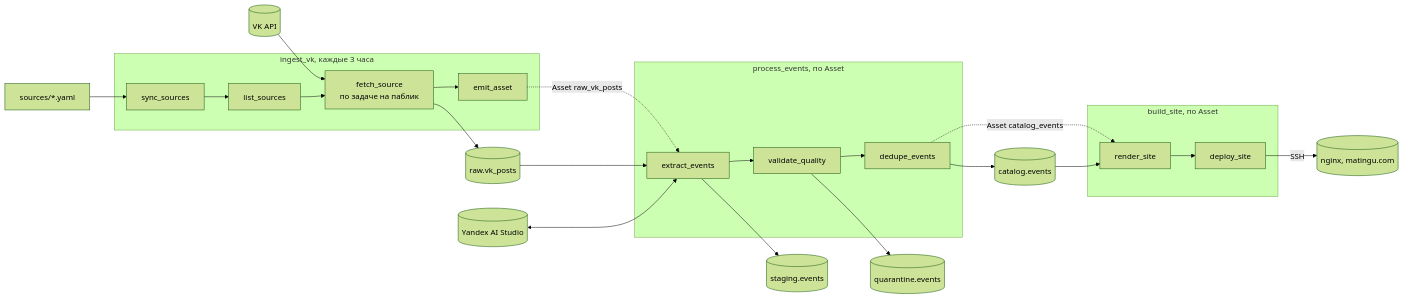
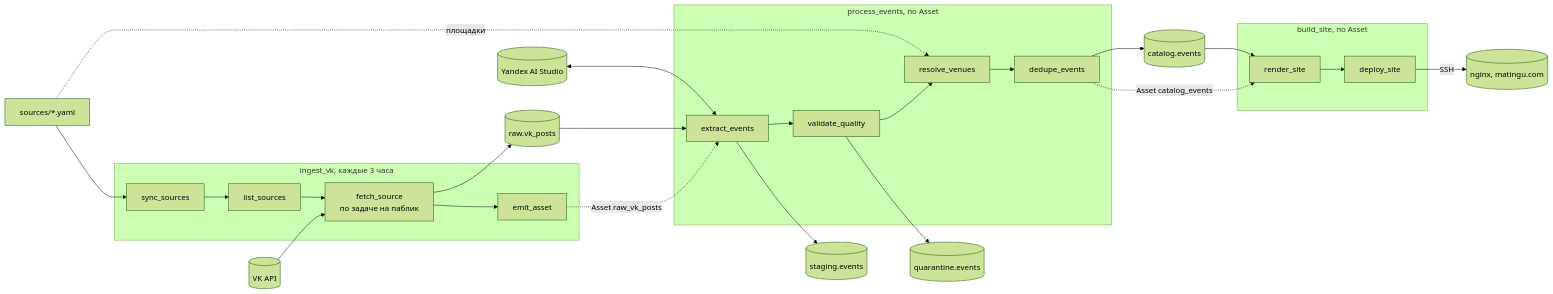
One commit to hmdlf/funfinder changed the diagram in README.md. Above: the diagram before and after it, drawn with Mermaid (forest theme). The commit also changed other lines of this file and 16 other files, not shown here.

Commit message:
Add venue directory: resolve_venues, venue-aware dedupe, addresses on site

````diff
--- a/README.md
+++ b/README.md
@@ -11,24 +11,25 @@
 ```mermaid
 flowchart LR
     Y[sources/*.yaml] --> S
     VK[(VK API)] --> F
     subgraph ingest_vk ["ingest_vk, каждые 3 часа"]
         S[sync_sources] --> L[list_sources] --> F["fetch_source<br/>по задаче на паблик"] --> E[emit_asset]
     end
     F --> R[(raw.vk_posts)]
     E -.->|Asset raw_vk_posts| X
     subgraph process_events ["process_events, по Asset"]
-        X[extract_events] --> V[validate_quality] --> D[dedupe_events]
+        X[extract_events] --> V[validate_quality] --> RV[resolve_venues] --> D[dedupe_events]
     end
+    Y -.->|площадки| RV
     R --> X
     LLM[(Yandex AI Studio)] <--> X
     X --> ST[(staging.events)]
     V --> Q[(quarantine.events)]
     D --> C[(catalog.events)]
     D -.->|Asset catalog_events| RS
     subgraph build_site ["build_site, по Asset"]
         RS[render_site] --> DS[deploy_site]
     end
     C --> RS
     DS -->|SSH| W[(nginx, matingu.com)]
 ```
````
